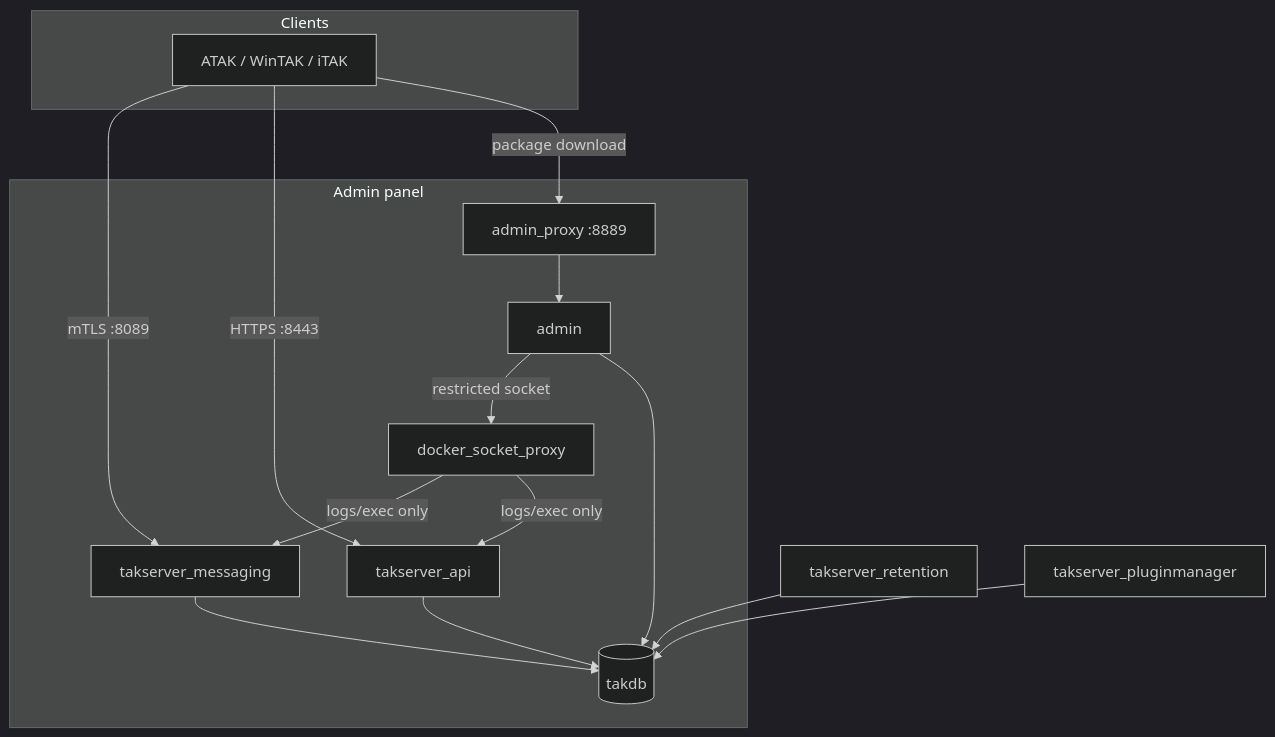
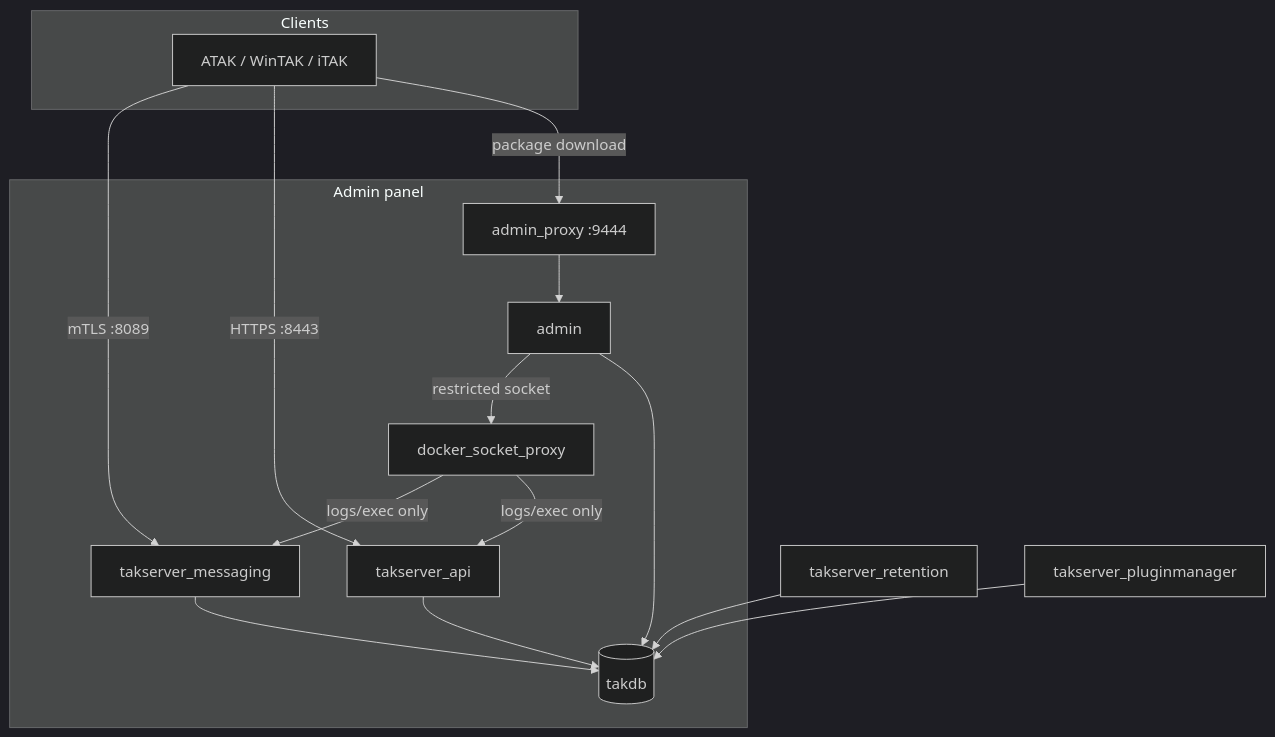
One commit to ndukve/TAK changed the diagram in docs/01-architecture.md. Above: the diagram before and after it, drawn with Mermaid (dark theme). The commit also changed other lines of this file and 21 other files, not shown here.

````diff
--- a/docs/01-architecture.md
+++ b/docs/01-architecture.md
@@ -22,21 +22,21 @@
 ```mermaid
 flowchart TB
   subgraph clients [Clients]
     C["ATAK / WinTAK / iTAK"]
   end
   C -->|mTLS :8089| MSG[takserver_messaging]
   C -->|HTTPS :8443| API[takserver_api]
   MSG --> DB[(takdb)]
   API --> DB
   RET[takserver_retention] --> DB
   PLUG[takserver_pluginmanager] --> DB
 
   subgraph adminpanel [Admin panel]
-    AP[admin_proxy :8889] --> A[admin]
+    AP[admin_proxy :9444] --> A[admin]
     A -->|restricted socket| DSP[docker_socket_proxy]
     DSP -->|logs/exec only| MSG
     DSP -->|logs/exec only| API
     A --> DB
   end
   C -->|package download| AP
 ```
````
